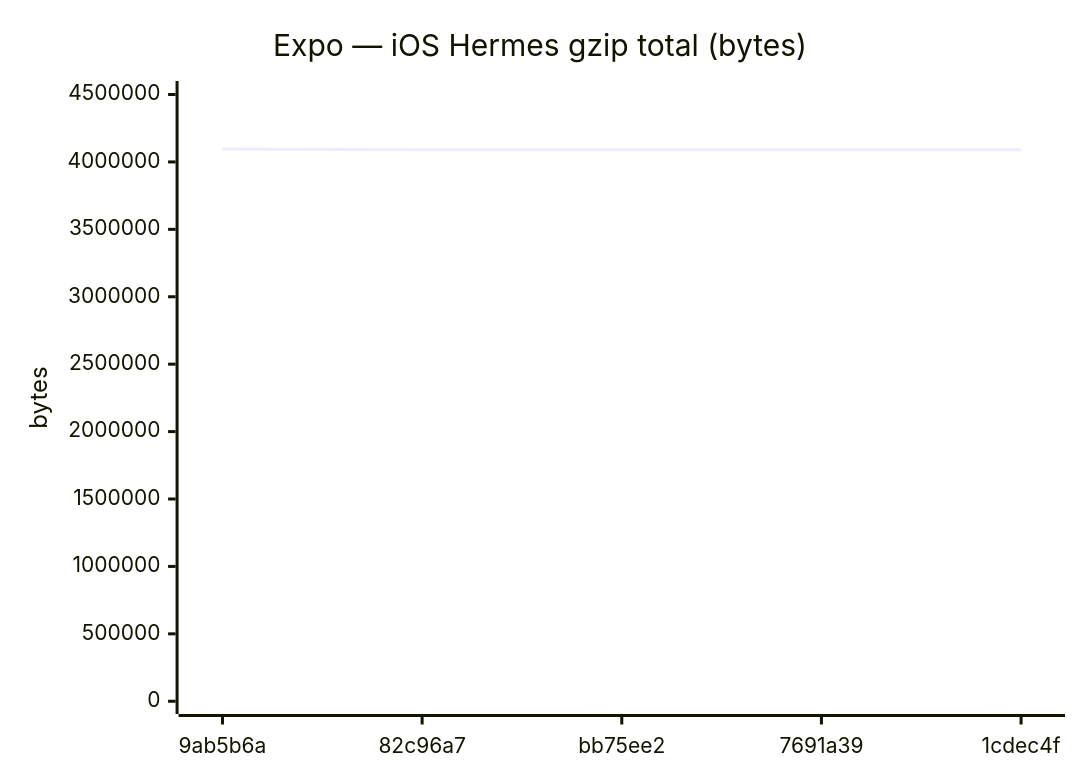
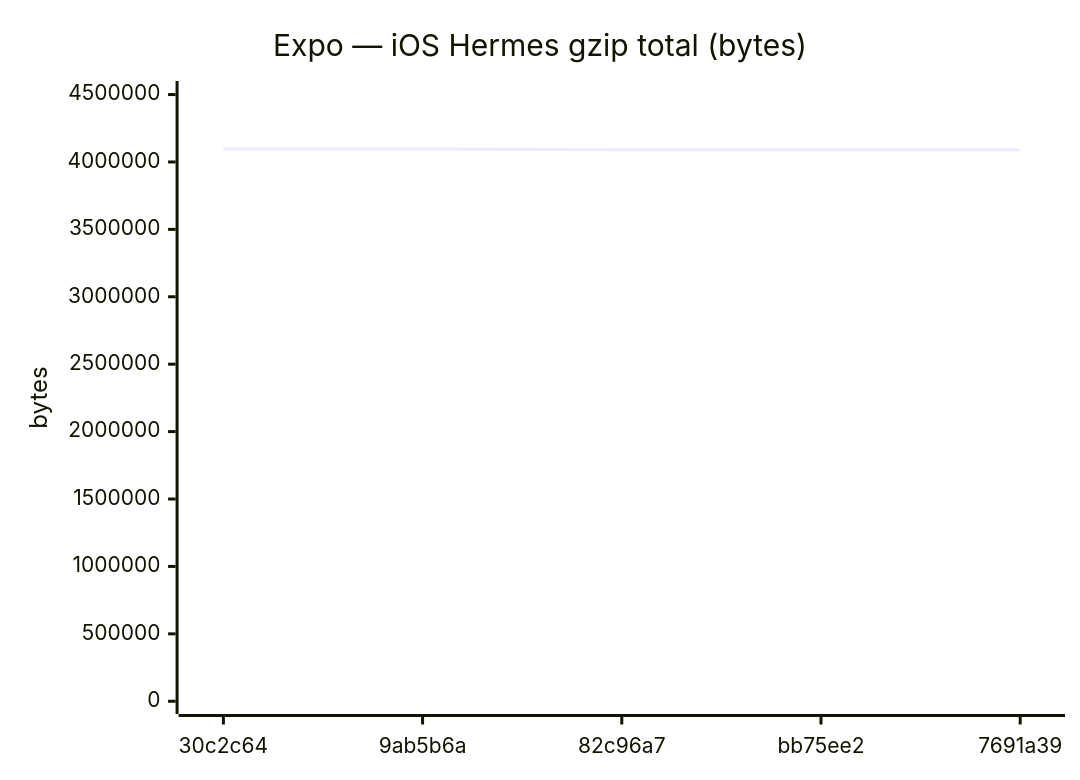
Before and after one commit to Metaheurist/Rianell: diagram 12 of 18 in benchmarks/compare.md, drawn with Mermaid. The commit also changed other lines of this file and 11 other files, not shown here.

````diff
--- a/benchmarks/compare.md
+++ b/benchmarks/compare.md
@@ -179,7 +179,7 @@
 ```mermaid
 xychart-beta
     title "Expo — iOS Hermes gzip total (bytes)"
-    x-axis ["9ab5b6a", "82c96a7", "bb75ee2", "7691a39", "1cdec4f"]
-    y-axis "bytes" 0 --> 4505653
-    line [4096048, 4091134, 4090855, 4091134, 4091052]
+    x-axis ["30c2c64", "9ab5b6a", "82c96a7", "bb75ee2", "7691a39"]
+    y-axis "bytes" 0 --> 4505923
+    line [4096293, 4096048, 4091134, 4090855, 4091134]
 ```
````
